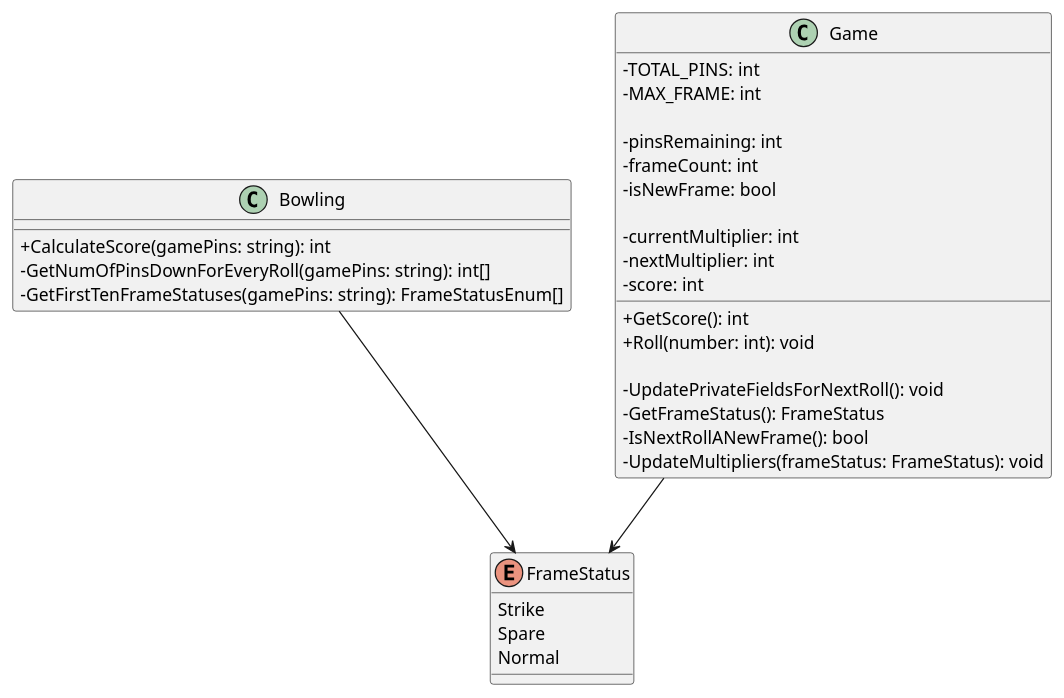
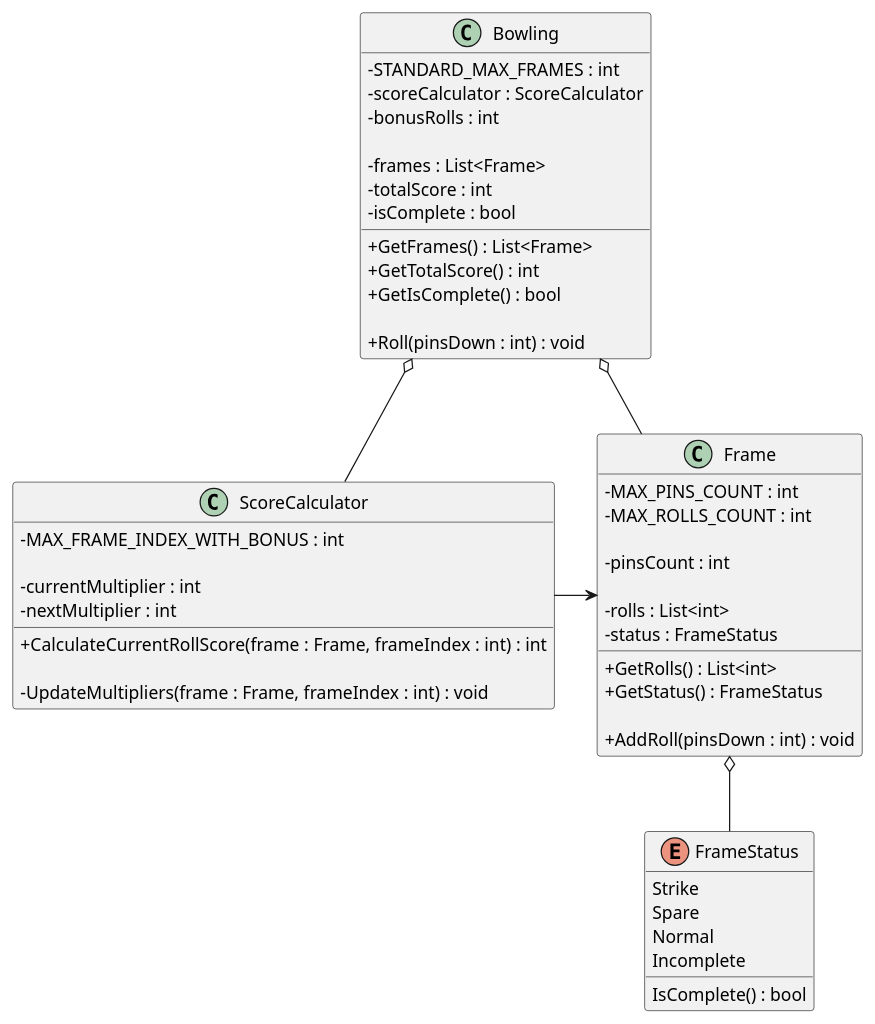
The diagram in puml/bowling.puml (iamfranco/BowlingGameKata), drawn with PlantUML before and after one commit. The commit also changed 1 other file, not shown here.

Commit message:
UML: completely redesign classes to have single responsibility

```diff
--- a/puml/bowling.puml
+++ b/puml/bowling.puml
@@ -1,41 +1,61 @@
 @startuml "Bowling Game Kata"
 skinparam classAttributeIconSize 0
 
-enum FrameStatus
-{
+class Bowling {
+  - STANDARD_MAX_FRAMES : int
+  - scoreCalculator : ScoreCalculator
+  - bonusRolls : int
+
+  - frames : List<Frame>
+  - totalScore : int
+  - isComplete : bool
+
+  + GetFrames() : List<Frame>
+  + GetTotalScore() : int
+  + GetIsComplete() : bool
+
+  + Roll(pinsDown : int) : void
+}
+
+class Frame {
+  - MAX_PINS_COUNT : int
+  - MAX_ROLLS_COUNT : int
+
+  - pinsCount : int
+
+  - rolls : List<int>
+  - status : FrameStatus
+
+  + GetRolls() : List<int>
+  + GetStatus() : FrameStatus
+
+  + AddRoll(pinsDown : int) : void
+}
+
+class ScoreCalculator {
+  - MAX_FRAME_INDEX_WITH_BONUS : int
+
+  - currentMultiplier : int
+  - nextMultiplier : int
+
+  + CalculateCurrentRollScore(frame : Frame, frameIndex : int) : int
+
+  - UpdateMultipliers(frame : Frame, frameIndex : int) : void
+}
+
+enum FrameStatus {
   Strike
   Spare
   Normal
+  Incomplete
+
+  IsComplete() : bool
 }
 
-class Bowling {
-  + CalculateScore(gamePins: string): int
-  - GetNumOfPinsDownForEveryRoll(gamePins: string): int[]
-  - GetFirstTenFrameStatuses(gamePins: string): FrameStatusEnum[]
-}
+Bowling o-- ScoreCalculator
+Bowling o-- Frame
+ScoreCalculator -> Frame
 
-class Game {
-  - TOTAL_PINS: int
-  - MAX_FRAME: int
-
-  - pinsRemaining: int
-  - frameCount: int
-  - isNewFrame: bool
-  
-  - currentMultiplier: int
-  - nextMultiplier: int
-  - score: int
-  
-  + GetScore(): int
-  + Roll(number: int): void
-
-  - UpdatePrivateFieldsForNextRoll(): void
-  - GetFrameStatus(): FrameStatus
-  - IsNextRollANewFrame(): bool
-  - UpdateMultipliers(frameStatus: FrameStatus): void
-}
-
-Bowling --> FrameStatus
-Game --> FrameStatus
+Frame o-- FrameStatus
 
 @enduml
```
